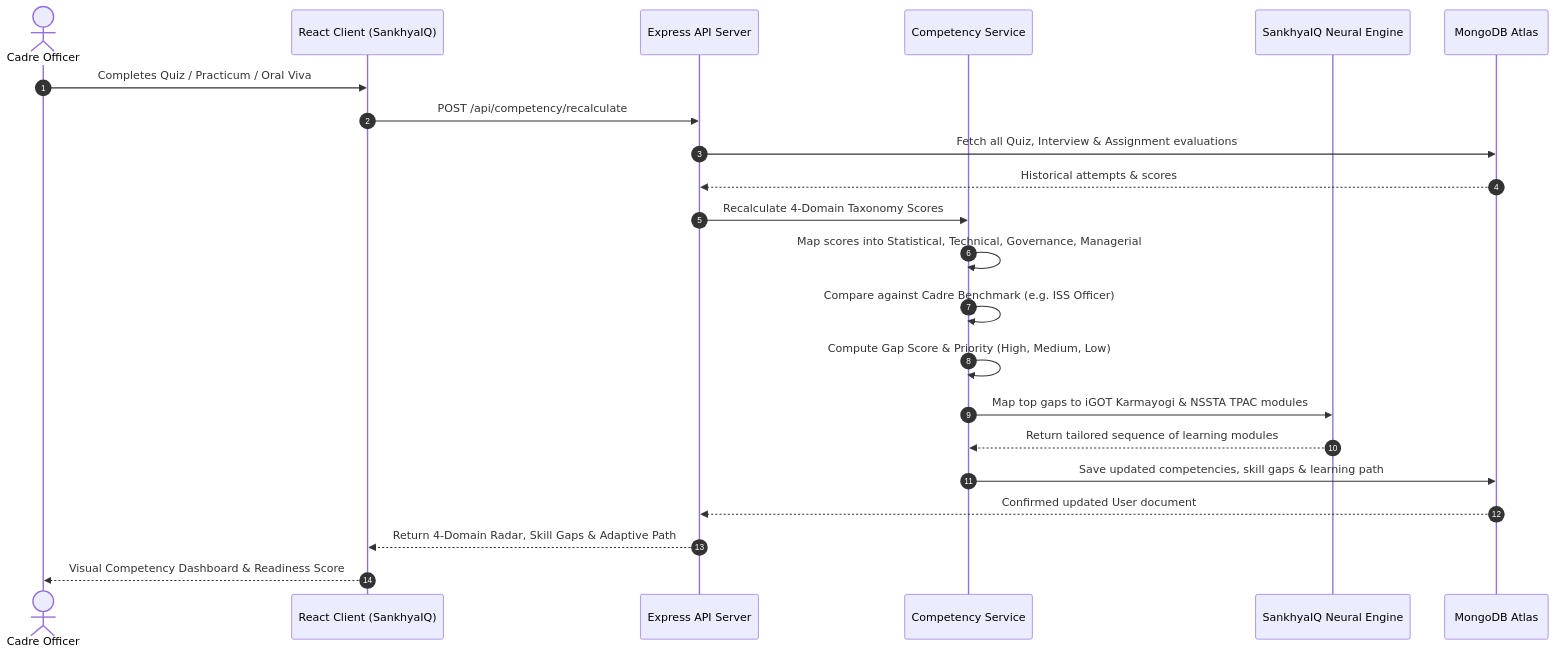
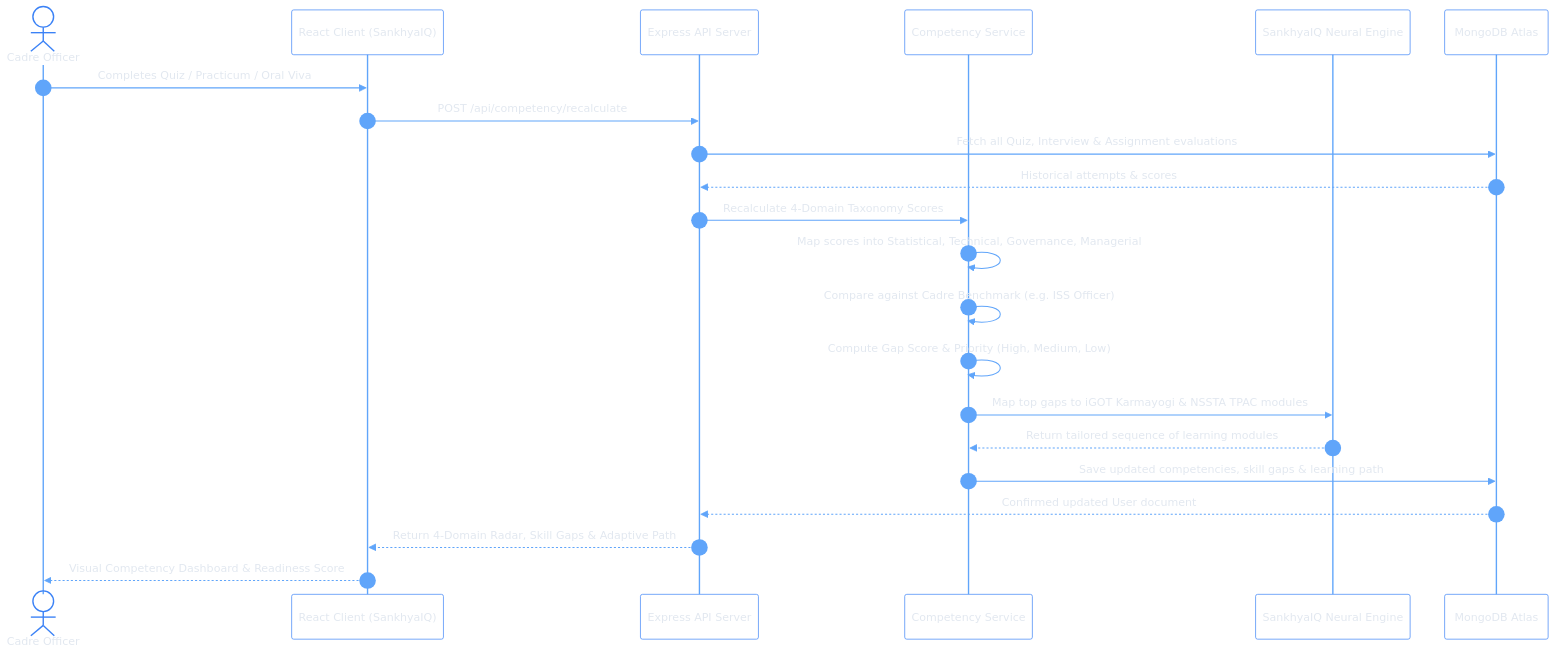
The second of 4 diagrams in README.md (suvojitmanna/sih), drawn with Mermaid before and after one commit. The commit also changed other lines of this file and 23 other files, not shown here.

````diff
--- a/README.md
+++ b/README.md
@@ -194,25 +208,26 @@
 ```mermaid
+%%{init: {'theme': 'base', 'themeVariables': { 'background': 'transparent', 'actorBkg': 'transparent', 'actorBorder': '#3b82f6', 'actorTextColor': '#e2e8f0', 'actorLineColor': '#60a5fa', 'signalColor': '#60a5fa', 'signalTextColor': '#e2e8f0', 'labelBoxBkgColor': 'transparent', 'labelBoxBorderColor': '#3b82f6', 'labelTextColor': '#e2e8f0', 'loopTextColor': '#e2e8f0', 'noteBkgColor': 'transparent', 'noteBorderColor': '#3b82f6', 'noteTextColor': '#e2e8f0' }}}%%
 sequenceDiagram
     autonumber
     actor Official as Cadre Officer
     participant Client as React Client (SankhyaIQ)
     participant API as Express API Server
     participant Calc as Competency Service
     participant AI as SankhyaIQ Neural Engine
     participant DB as MongoDB Atlas
 
     Official->>Client: Completes Quiz / Practicum / Oral Viva
     Client->>API: POST /api/competency/recalculate
     API->>DB: Fetch all Quiz, Interview & Assignment evaluations
     DB-->>API: Historical attempts & scores
     API->>Calc: Recalculate 4-Domain Taxonomy Scores
     Calc->>Calc: Map scores into Statistical, Technical, Governance, Managerial
     Calc->>Calc: Compare against Cadre Benchmark (e.g. ISS Officer)
     Calc->>Calc: Compute Gap Score & Priority (High, Medium, Low)
     Calc->>AI: Map top gaps to iGOT Karmayogi & NSSTA TPAC modules
     AI-->>Calc: Return tailored sequence of learning modules
     Calc->>DB: Save updated competencies, skill gaps & learning path
     DB-->>API: Confirmed updated User document
     API-->>Client: Return 4-Domain Radar, Skill Gaps & Adaptive Path
     Client-->>Official: Visual Competency Dashboard & Readiness Score
 ```
````
